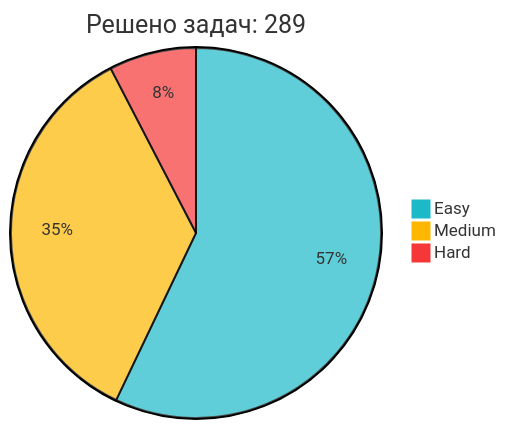
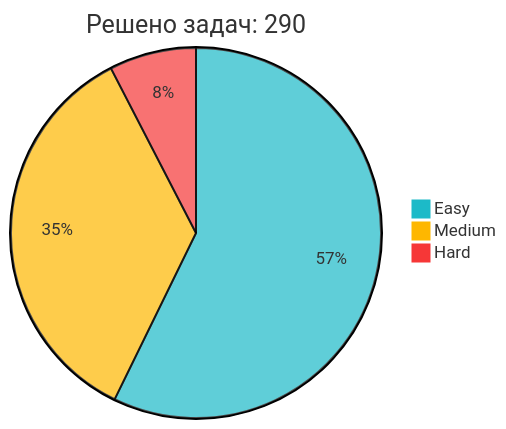
One commit to IliaKurdukov/IliaKurdukov changed the diagram in README.md. Above: the diagram before and after it, drawn with Mermaid. The commit also changed other lines of this file, not shown here.

````diff
--- a/README.md
+++ b/README.md
@@ -51,7 +51,7 @@
 ```mermaid
 %%{init: {'theme': 'base', 'themeVariables': { 'pie1': '#1CBAC8', 'pie2': '#FEB700', 'pie3': '#F63737' }, 'config': {'width': 300, 'height': 200}}}%%
-pie title Решено задач: 289
-   "Easy" : 165
+pie title Решено задач: 290
+   "Easy" : 166
    "Medium" : 102
    "Hard" : 22
 ```
````
